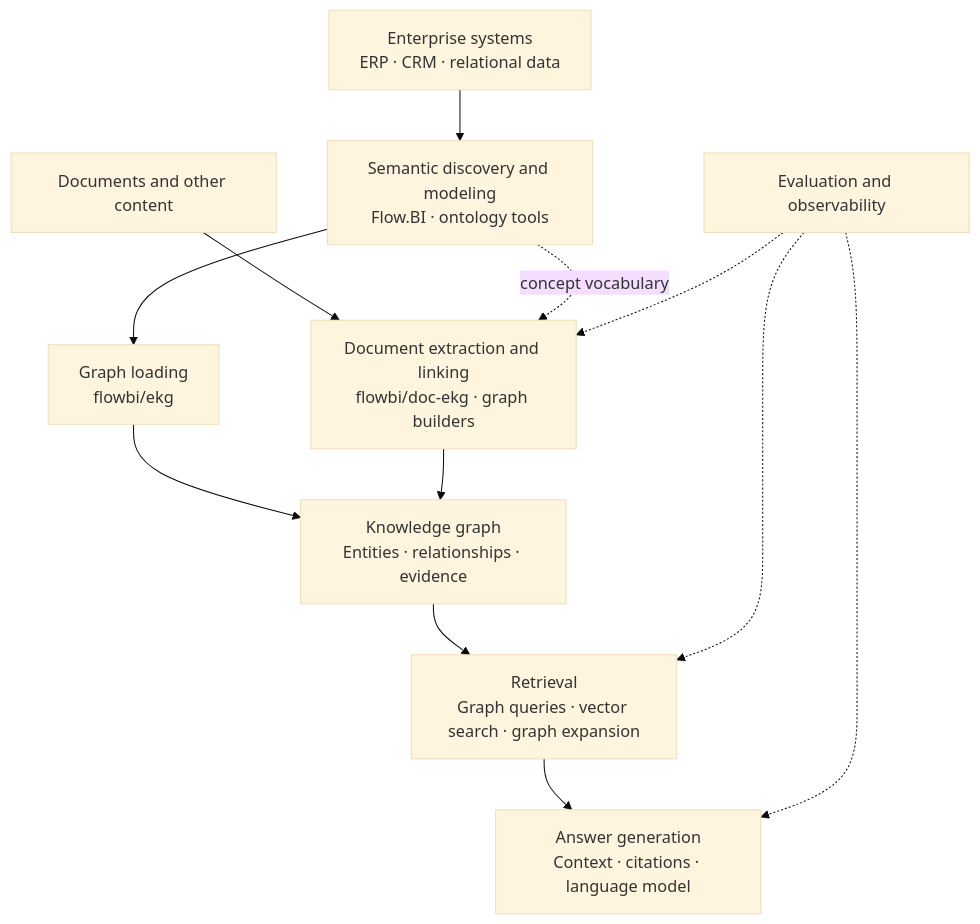
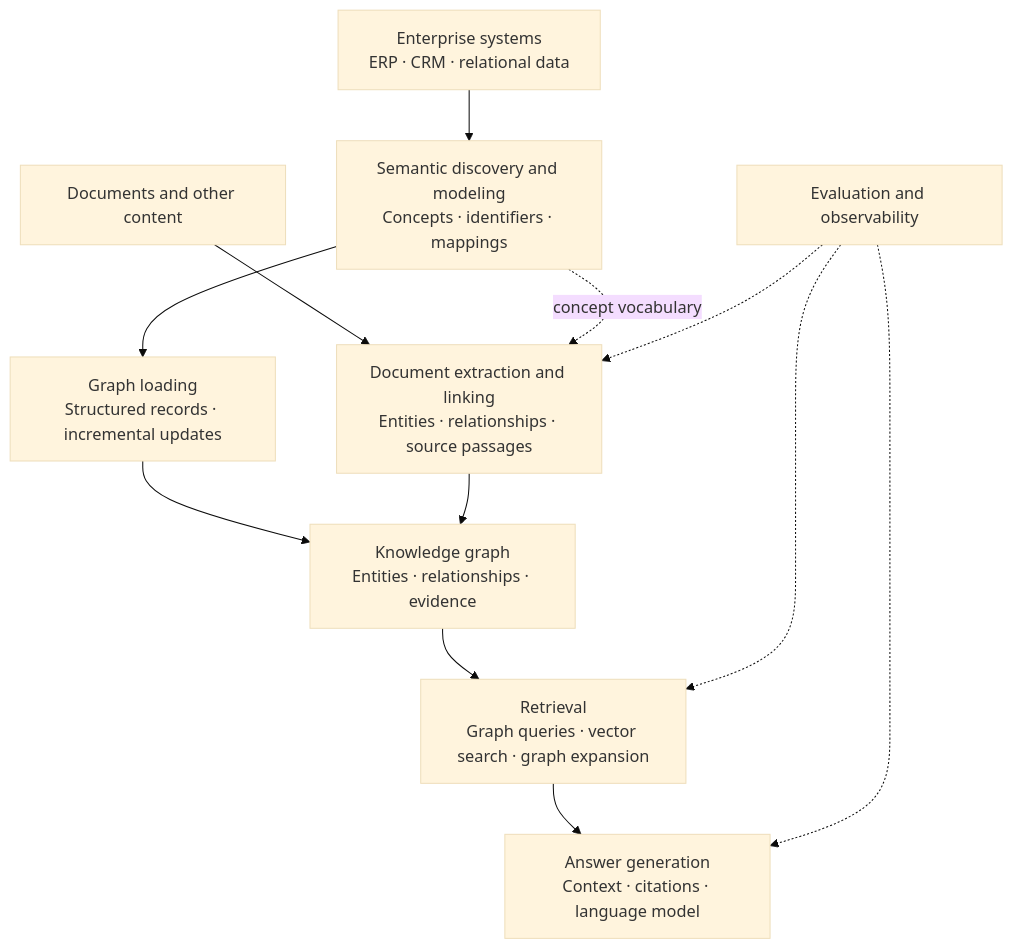
The diagram in README.md (ScalefreeCOM/graphrag-landscape), drawn with Mermaid (base theme) before and after one commit. The commit also changed other lines of this file, not shown here.

````diff
--- a/README.md
+++ b/README.md
@@ -51,19 +50,19 @@
 ```mermaid
 flowchart TB
     S["Enterprise systems<br/>ERP · CRM · relational data"]
     D["Documents and other content"]
-    M["Semantic discovery and modeling<br/>Flow.BI · ontology tools"]
-    L["Graph loading<br/>flowbi/ekg"]
-    X["Document extraction and linking<br/>flowbi/doc-ekg · graph builders"]
+    M["Semantic discovery and modeling<br/>Concepts · identifiers · mappings"]
+    L["Graph loading<br/>Structured records · incremental updates"]
+    X["Document extraction and linking<br/>Entities · relationships · source passages"]
     G["Knowledge graph<br/>Entities · relationships · evidence"]
     R["Retrieval<br/>Graph queries · vector search · graph expansion"]
     A["Answer generation<br/>Context · citations · language model"]
     E["Evaluation and observability"]
     S --> M --> L --> G
     D --> X --> G
     M -. "concept vocabulary" .-> X
     G --> R --> A
     E -.-> X
     E -.-> R
     E -.-> A
 ```
````
